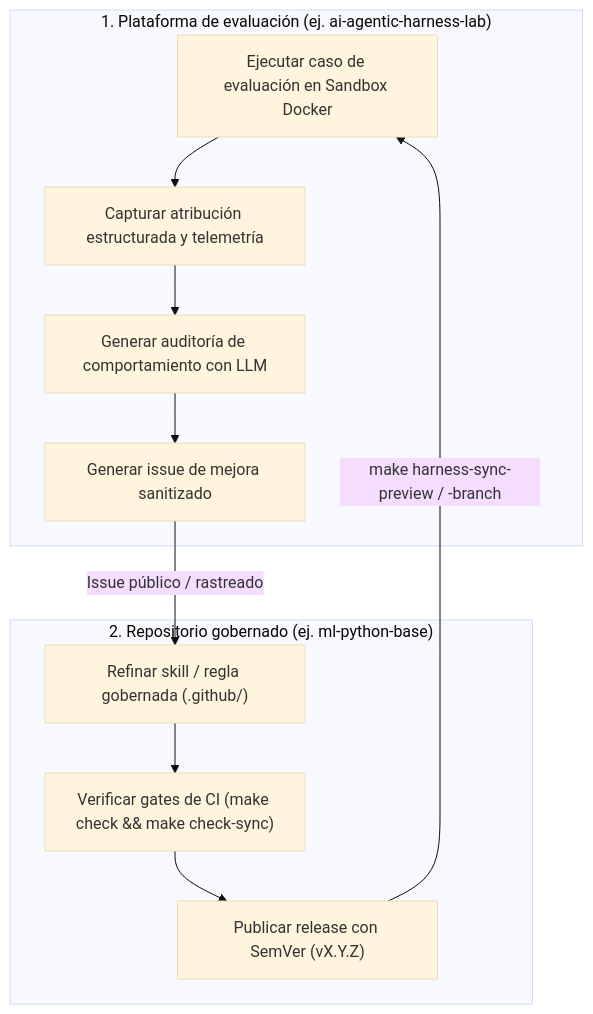
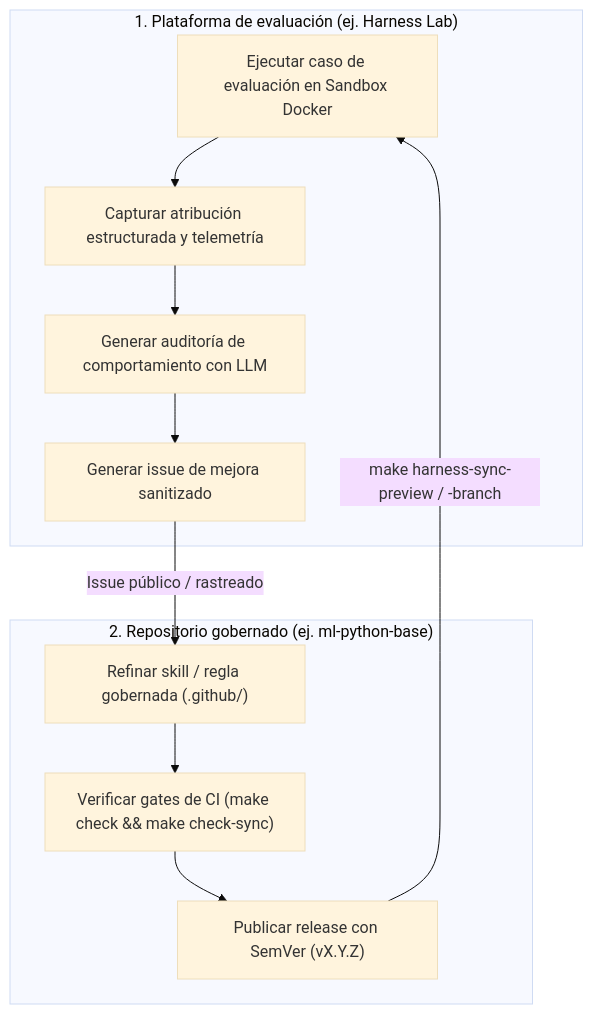
The first of 2 diagrams in docs/es/adoption/continuous-harness-improvement.md (marcosdh1987/harness-engineering-guide), drawn with Mermaid (base theme) before and after one commit. The commit also changed 25 other files, not shown here.

````diff
--- a/docs/es/adoption/continuous-harness-improvement.md
+++ b/docs/es/adoption/continuous-harness-improvement.md
@@ -13,20 +13,20 @@
 ```mermaid
 flowchart TB
-    subgraph LAB["1. Plataforma de evaluación (ej. ai-agentic-harness-lab)"]
+    subgraph LAB["1. Plataforma de evaluación (ej. Harness Lab)"]
         RUN["Ejecutar caso de evaluación en Sandbox Docker"]
         ATTR["Capturar atribución estructurada y telemetría"]
         AUD["Generar auditoría de comportamiento con LLM"]
         ISSUE["Generar issue de mejora sanitizado"]
     end
 
     subgraph GOV["2. Repositorio gobernado (ej. ml-python-base)"]
         EDIT["Refinar skill / regla gobernada (.github/)"]
         GATE["Verificar gates de CI (make check && make check-sync)"]
         REL["Publicar release con SemVer (vX.Y.Z)"]
     end
 
     RUN --> ATTR --> AUD --> ISSUE
     ISSUE -->|"Issue público / rastreado"| EDIT
     EDIT --> GATE --> REL
     REL -->|"make harness-sync-preview / -branch"| RUN
 ```
````
